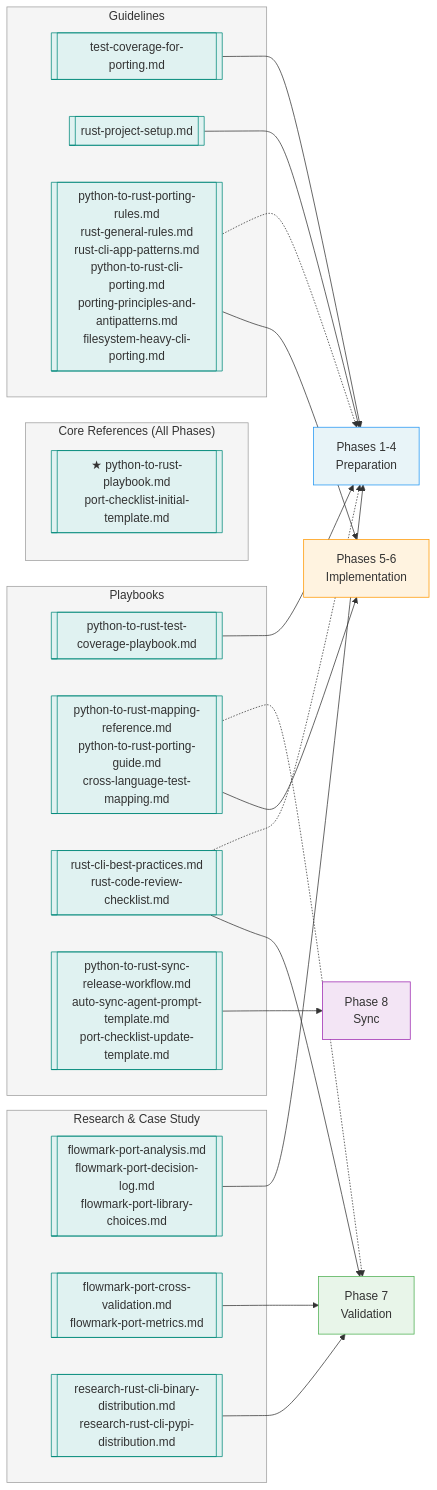
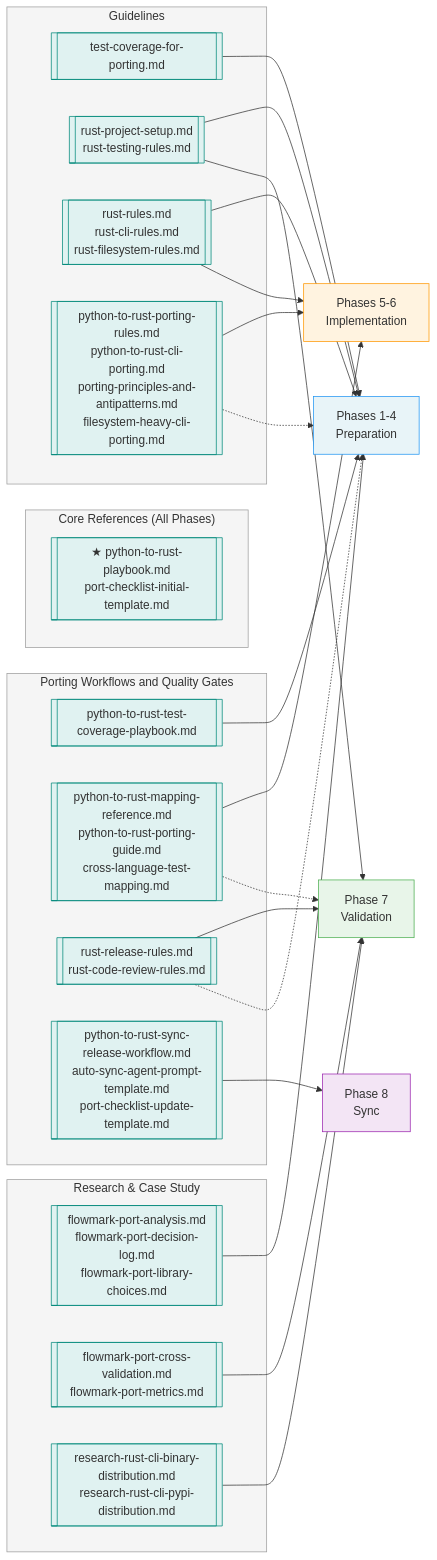
The fourth of 8 diagrams in docs/project/playbook-flow-overview.md (jlevy/rust-porting-playbook), drawn with Mermaid before and after one commit. The commit also changed other lines of this file and 33 other files, not shown here.

Commit message:
docs: organize reusable Rust best-practice guidelines

````diff
--- a/docs/project/playbook-flow-overview.md
+++ b/docs/project/playbook-flow-overview.md
@@ -176,70 +179,75 @@
 ```mermaid
 flowchart LR
     subgraph core["Core References (All Phases)"]
         PB_CORE[["★ python-to-rust-playbook.md<br/>port-checklist-initial-template.md"]]
     end
 
-    subgraph playbooks["Playbooks"]
+    subgraph playbooks["Porting Workflows and Quality Gates"]
         PB_TEST[["python-to-rust-test-coverage-playbook.md"]]
         PB_PORT[["python-to-rust-mapping-reference.md<br/>python-to-rust-porting-guide.md<br/>cross-language-test-mapping.md"]]
-        PB_INFRA[["rust-cli-best-practices.md<br/>rust-code-review-checklist.md"]]
+        PB_INFRA[["rust-release-rules.md<br/>rust-code-review-rules.md"]]
         PB_SYNC[["python-to-rust-sync-release-workflow.md<br/>auto-sync-agent-prompt-template.md<br/>port-checklist-update-template.md"]]
     end
 
     subgraph guidelines["Guidelines"]
         G_TEST_DOC[["test-coverage-for-porting.md"]]
-        G_SETUP_DOC[["rust-project-setup.md"]]
-        G_IMPL[["python-to-rust-porting-rules.md<br/>rust-general-rules.md<br/>rust-cli-app-patterns.md<br/>python-to-rust-cli-porting.md<br/>porting-principles-and-antipatterns.md<br/>filesystem-heavy-cli-porting.md"]]
+        G_SETUP_DOC[["rust-project-setup.md<br/>rust-testing-rules.md"]]
+        G_TARGET[["rust-rules.md<br/>rust-cli-rules.md<br/>rust-filesystem-rules.md"]]
+        G_IMPL[["python-to-rust-porting-rules.md<br/>python-to-rust-cli-porting.md<br/>porting-principles-and-antipatterns.md<br/>filesystem-heavy-cli-porting.md"]]
     end
 
     subgraph evidence["Research & Case Study"]
         CS_PLAN_EV[["flowmark-port-analysis.md<br/>flowmark-port-decision-log.md<br/>flowmark-port-library-choices.md"]]
         CS_VAL_EV[["flowmark-port-cross-validation.md<br/>flowmark-port-metrics.md"]]
         R_DIST[["research-rust-cli-binary-distribution.md<br/>research-rust-cli-pypi-distribution.md"]]
     end
 
     PREP["Phases 1-4<br/>Preparation"]
     IMPL_PH["Phases 5-6<br/>Implementation"]
     VAL_PH["Phase 7<br/>Validation"]
     SYNC_PH["Phase 8<br/>Sync"]
 
     %% Primary connections (solid)
     PB_TEST --> PREP
     G_TEST_DOC --> PREP
     G_SETUP_DOC --> PREP
+    G_TARGET --> PREP
     CS_PLAN_EV --> PREP
 
     PB_PORT --> IMPL_PH
     G_IMPL --> IMPL_PH
+    G_TARGET --> IMPL_PH
 
     PB_INFRA --> VAL_PH
+    G_SETUP_DOC --> VAL_PH
     CS_VAL_EV --> VAL_PH
     R_DIST --> VAL_PH
 
     PB_SYNC --> SYNC_PH
 
     %% Secondary connections (dotted)
     PB_INFRA -.-> PREP
     PB_PORT -.-> VAL_PH
     G_IMPL -.-> PREP
 
     style PB_CORE fill:#e0f2f1,stroke:#00897B
     style PB_TEST fill:#e0f2f1,stroke:#00897B
     style PB_PORT fill:#e0f2f1,stroke:#00897B
     style PB_INFRA fill:#e0f2f1,stroke:#00897B
     style PB_SYNC fill:#e0f2f1,stroke:#00897B
     style G_TEST_DOC fill:#e0f2f1,stroke:#00897B
     style G_SETUP_DOC fill:#e0f2f1,stroke:#00897B
+    style G_TARGET fill:#e0f2f1,stroke:#00897B
     style G_IMPL fill:#e0f2f1,stroke:#00897B
     style CS_PLAN_EV fill:#e0f2f1,stroke:#00897B
     style CS_VAL_EV fill:#e0f2f1,stroke:#00897B
     style R_DIST fill:#e0f2f1,stroke:#00897B
     style PREP fill:#e8f4f8,stroke:#2196F3
     style IMPL_PH fill:#fff3e0,stroke:#FF9800
     style VAL_PH fill:#e8f5e9,stroke:#4CAF50
     style SYNC_PH fill:#f3e5f5,stroke:#9C27B0
     style core fill:#f5f5f5,stroke:#9E9E9E
     style playbooks fill:#f5f5f5,stroke:#9E9E9E
     style guidelines fill:#f5f5f5,stroke:#9E9E9E
     style evidence fill:#f5f5f5,stroke:#9E9E9E
 ```
````
